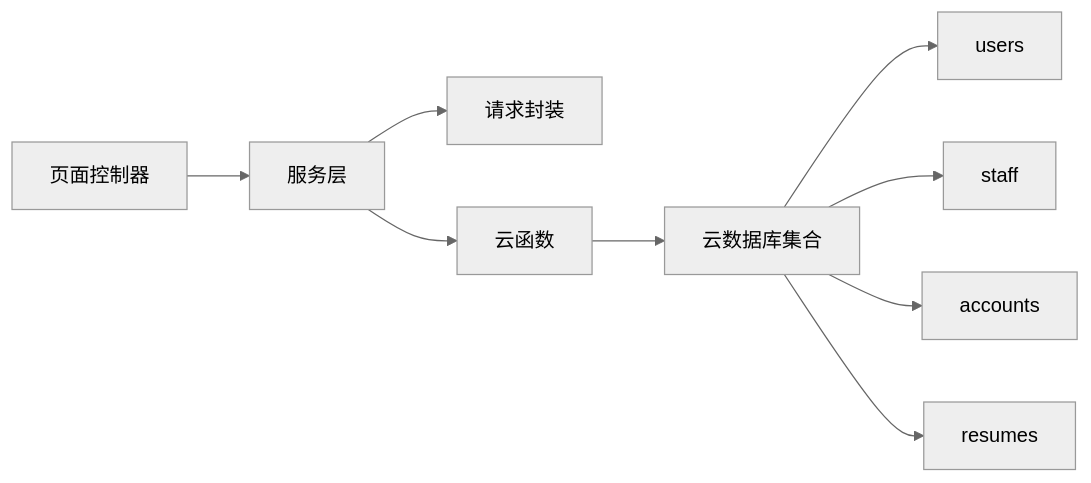
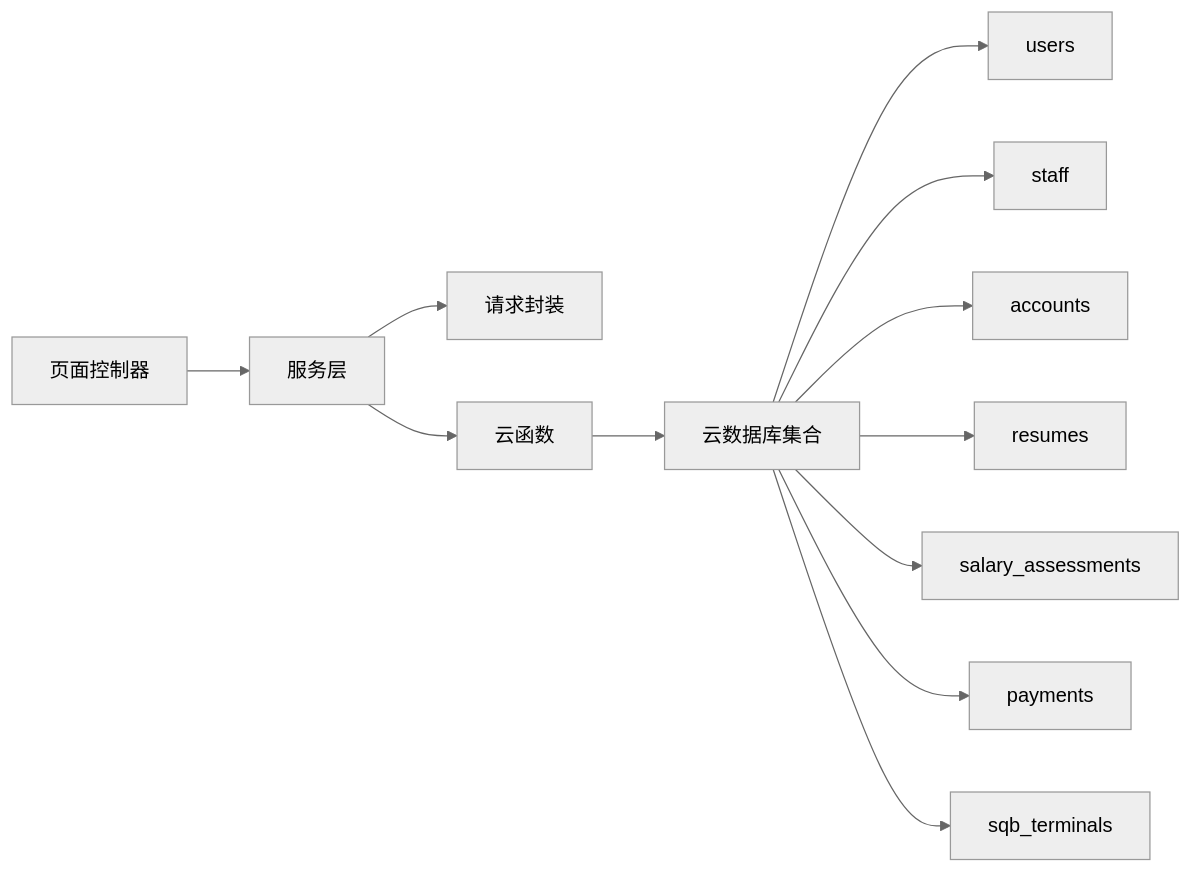
Before and after one commit to sunxuebo91/-: the tenth of 10 diagrams in .qoder/repowiki/zh/content/核心功能/核心功能.md, drawn with Mermaid (neutral theme). The commit also changed other lines of this file and 123 other files, not shown here.

````diff
--- a/.qoder/repowiki/zh/content/核心功能/核心功能.md
+++ b/.qoder/repowiki/zh/content/核心功能/核心功能.md
@@ -279,11 +490,14 @@
 ```mermaid
 graph LR
 Pages["页面控制器"] --> Services["服务层"]
 Services --> Request["请求封装"]
 Services --> CloudFuncs["云函数"]
 CloudFuncs --> DB["云数据库集合"]
 DB --> Users["users"]
 DB --> Staff["staff"]
 DB --> Accounts["accounts"]
 DB --> Resumes["resumes"]
+DB --> SalaryAssessments["salary_assessments"]
+DB --> Payments["payments"]
+DB --> Terminals["sqb_terminals"]
 ```
````
